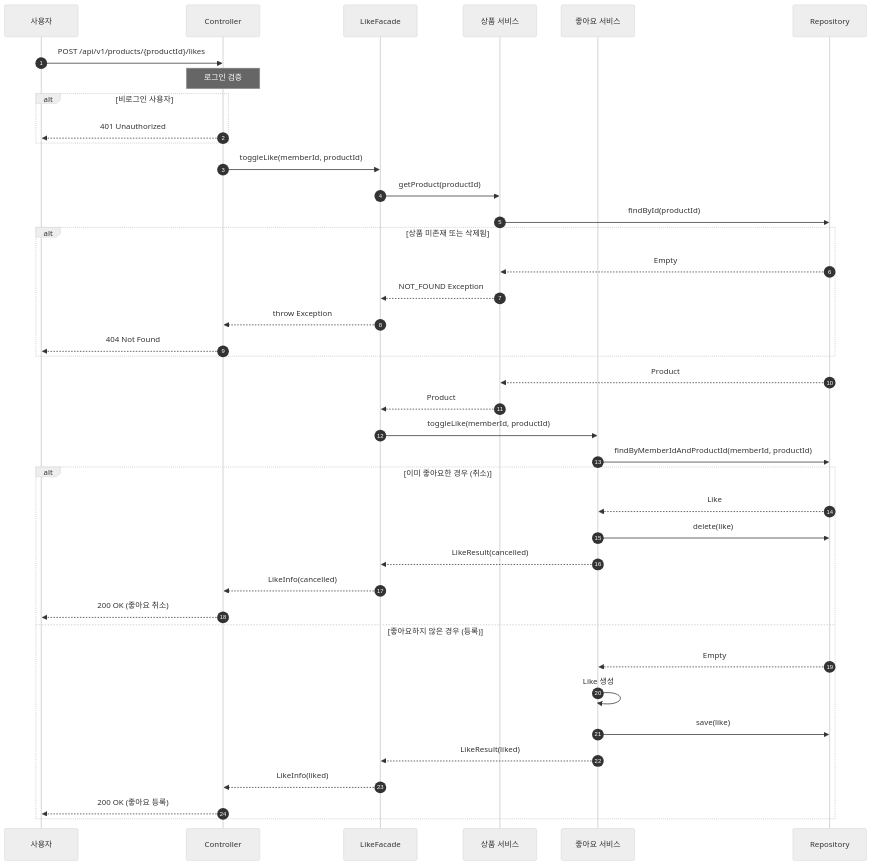
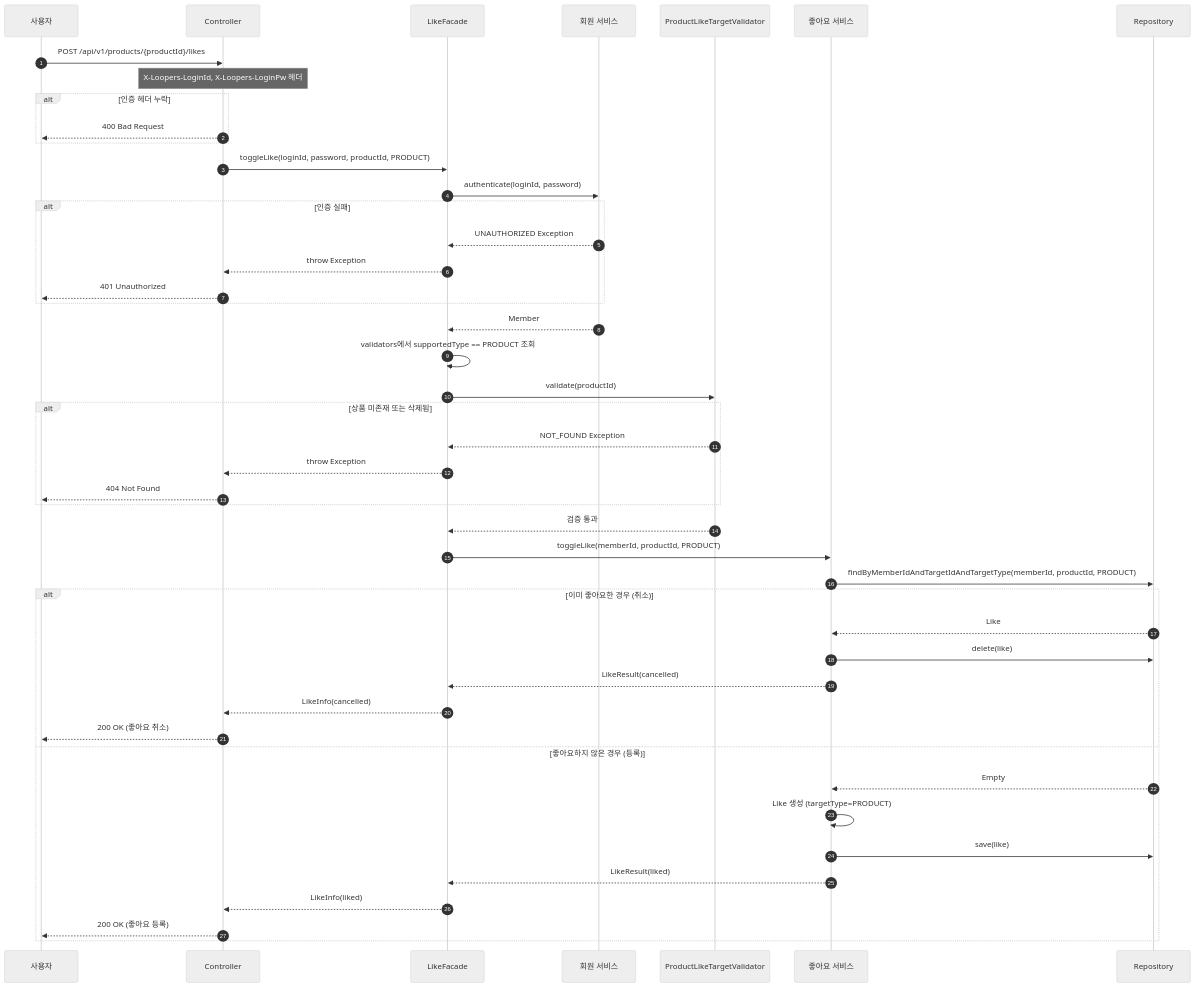
Before and after one commit to letter333/loop-pack-be-l2-vol3-java: diagram 13 of 18 in docs/design/02-sequence-diagram.md, drawn with Mermaid (neutral theme). The commit also changed other lines of this file and 4 other files, not shown here.

````diff
--- a/docs/design/02-sequence-diagram.md
+++ b/docs/design/02-sequence-diagram.md
@@ -508,49 +516,58 @@
 ```mermaid
 sequenceDiagram
     autonumber
     participant Client as 사용자
     participant Controller
     participant Facade as LikeFacade
-    participant ProductService as 상품 서비스
+    participant MemberService as 회원 서비스
+    participant Validator as ProductLikeTargetValidator
     participant LikeService as 좋아요 서비스
     participant Repository
 
     Client->>Controller: POST /api/v1/products/{productId}/likes
-    Note over Controller: 로그인 검증
+    Note over Controller: X-Loopers-LoginId, X-Loopers-LoginPw 헤더
 
-    alt 비로그인 사용자
+    alt 인증 헤더 누락
+        Controller-->>Client: 400 Bad Request
+    end
+
+    Controller->>Facade: toggleLike(loginId, password, productId, PRODUCT)
+    Facade->>MemberService: authenticate(loginId, password)
+
+    alt 인증 실패
+        MemberService-->>Facade: UNAUTHORIZED Exception
+        Facade-->>Controller: throw Exception
         Controller-->>Client: 401 Unauthorized
     end
 
-    Controller->>Facade: toggleLike(memberId, productId)
-    Facade->>ProductService: getProduct(productId)
-    ProductService->>Repository: findById(productId)
+    MemberService-->>Facade: Member
+
+    Facade->>Facade: validators에서 supportedType == PRODUCT 조회
+    Facade->>Validator: validate(productId)
 
     alt 상품 미존재 또는 삭제됨
-        Repository-->>ProductService: Empty
-        ProductService-->>Facade: NOT_FOUND Exception
+        Validator-->>Facade: NOT_FOUND Exception
         Facade-->>Controller: throw Exception
         Controller-->>Client: 404 Not Found
     end
 
-    Repository-->>ProductService: Product
-    ProductService-->>Facade: Product
+    Validator-->>Facade: 검증 통과
 
-    Facade->>LikeService: toggleLike(memberId, productId)
-    LikeService->>Repository: findByMemberIdAndProductId(memberId, productId)
+    Facade->>LikeService: toggleLike(memberId, productId, PRODUCT)
+    LikeService->>Repository: findByMemberIdAndTargetIdAndTargetType(memberId, productId, PRODUCT)
 
     alt 이미 좋아요한 경우 (취소)
         Repository-->>LikeService: Like
         LikeService->>Repository: delete(like)
         LikeService-->>Facade: LikeResult(cancelled)
         Facade-->>Controller: LikeInfo(cancelled)
         Controller-->>Client: 200 OK (좋아요 취소)
     else 좋아요하지 않은 경우 (등록)
         Repository-->>LikeService: Empty
-        LikeService->>LikeService: Like 생성
+        LikeService->>LikeService: Like 생성 (targetType=PRODUCT)
         LikeService->>Repository: save(like)
         LikeService-->>Facade: LikeResult(liked)
         Facade-->>Controller: LikeInfo(liked)
         Controller-->>Client: 200 OK (좋아요 등록)
     end
 ```
````
